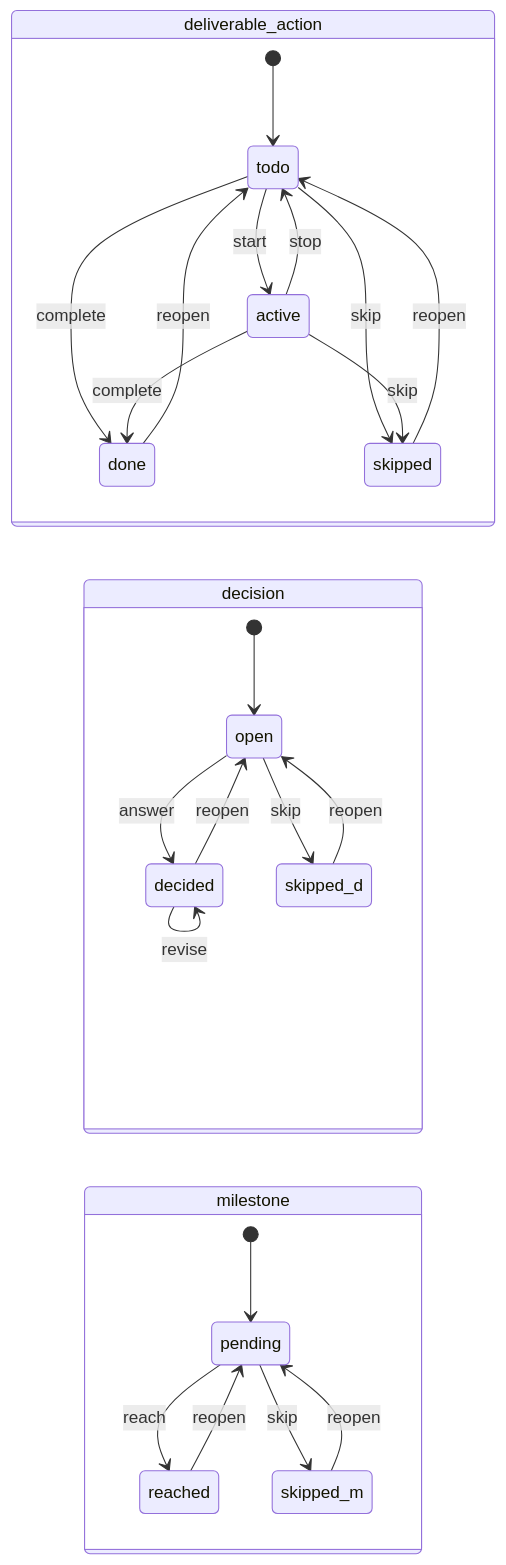
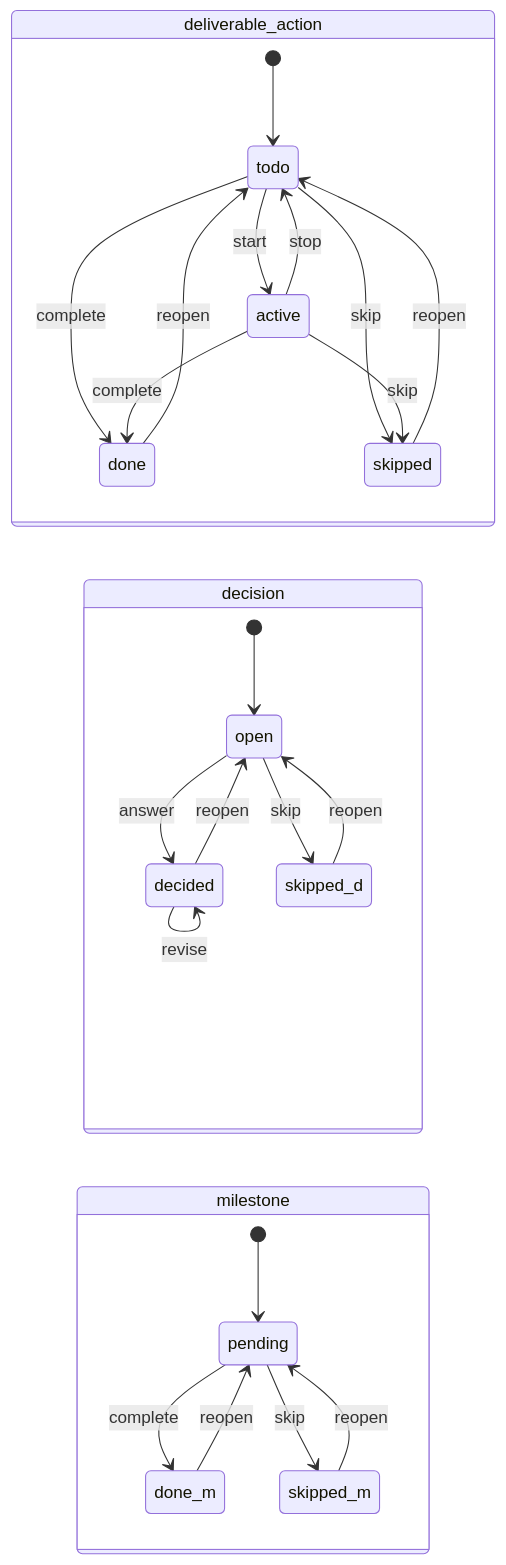
Before and after one commit to JacobHayes/cairn: the fourth of 5 diagrams in PRD.md, drawn with Mermaid. The commit also changed other lines of this file and 147 other files, not shown here.

````diff
--- a/PRD.md
+++ b/PRD.md
@@ -501,30 +501,30 @@
   ```mermaid
   stateDiagram-v2
       direction LR
       state deliverable_action {
           [*] --> todo
           todo --> active : start
           active --> todo : stop
           todo --> done : complete
           active --> done : complete
           todo --> skipped : skip
           active --> skipped : skip
           done --> todo : reopen
           skipped --> todo : reopen
       }
       state decision {
           [*] --> open
           open --> decided : answer
           decided --> decided : revise
           open --> skipped_d : skip
           decided --> open : reopen
           skipped_d --> open : reopen
       }
       state milestone {
           [*] --> pending
-          pending --> reached : reach
+          pending --> done_m : complete
           pending --> skipped_m : skip
-          reached --> pending : reopen
+          done_m --> pending : reopen
           skipped_m --> pending : reopen
       }
   ```
````
